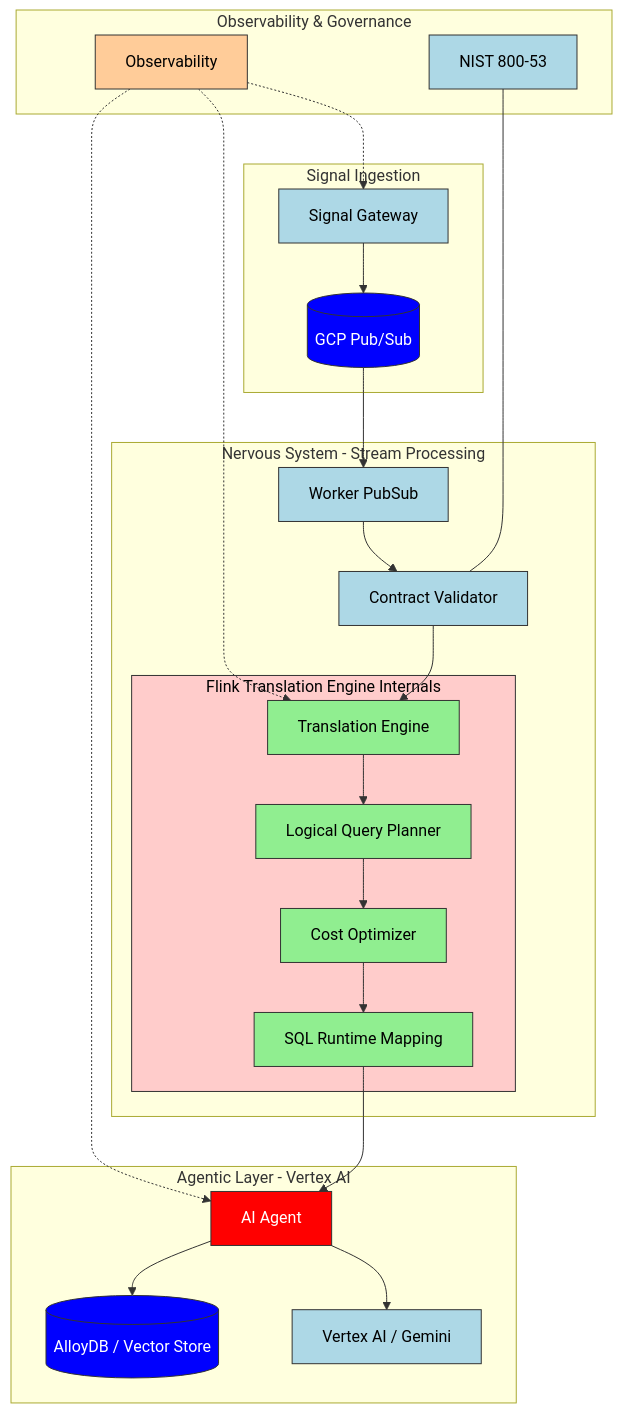
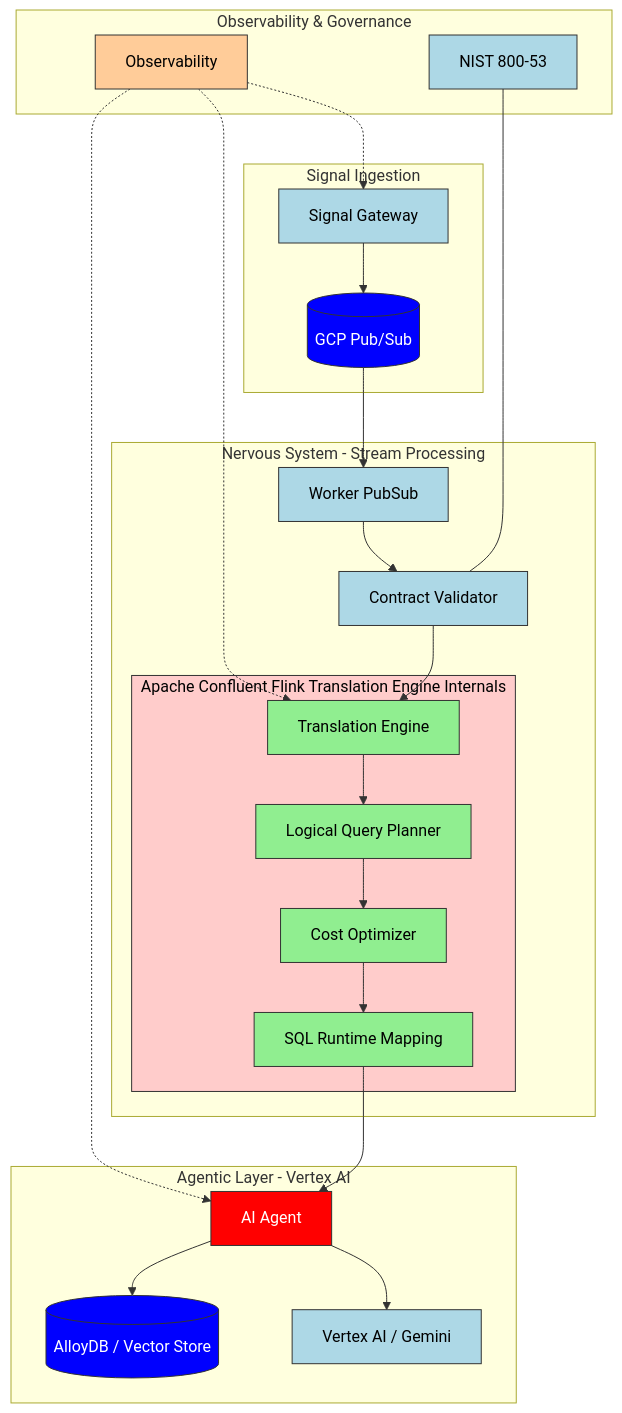
One commit to siralfbaez/mia-agentic-data-nervous-system-kfg-v3 changed the diagram in README.md. Above: the diagram before and after it, drawn with Mermaid.

Commit message:
Quick architectural correction

````diff
--- a/README.md
+++ b/README.md
@@ -11,54 +11,54 @@
 ```mermaid
 graph TD
     subgraph SI [Signal Ingestion]
         SG[Signal Gateway] --> PS[(GCP Pub/Sub)]
     end
 
     subgraph NS [Nervous System - Stream Processing]
         PS --> WP[Worker PubSub]
         WP --> CV[Contract Validator]
         CV --> TE[Translation Engine]
         
-        subgraph FTI [Flink Translation Engine Internals]
+        subgraph FTI [Apache Confluent Flink Translation Engine Internals]
             TE --> Planner[Logical Query Planner]
             Planner --> Optimizer[Cost Optimizer]
             Optimizer --> Runtime[SQL Runtime Mapping]
         end
     end
 
     subgraph AL [Agentic Layer - Vertex AI]
         Runtime --> AA[AI Agent]
         AA --> VAI[Vertex AI / Gemini]
         AA --> ADB[(AlloyDB / Vector Store)]
     end
 
     subgraph OG [Observability & Governance]
         Obs[Observability] -.-> SG
         Obs -.-> TE
         Obs -.-> AA
         Compliance[NIST 800-53] --- CV
     end
 
     %% Styles with Black Font Force (color:#000)
     style SG fill:#add8e6,stroke:#333,color:#000
     style WP fill:#add8e6,stroke:#333,color:#000
     style CV fill:#add8e6,stroke:#333,color:#000
     style VAI fill:#add8e6,stroke:#333,color:#000
     style Compliance fill:#add8e6,stroke:#333,color:#000
     
     style Obs fill:#ffcc99,stroke:#333,color:#000
     
     style TE fill:#90ee90,stroke:#333,color:#000
     style Planner fill:#90ee90,stroke:#333,color:#000
     style Optimizer fill:#90ee90,stroke:#333,color:#000
     style Runtime fill:#90ee90,stroke:#333,color:#000
     
     %% Kept white font for high-contrast nodes
     style AA fill:#ff0000,stroke:#333,color:#fff
     style PS fill:#0000ff,stroke:#333,color:#fff
     style ADB fill:#0000ff,stroke:#333,color:#fff
 
     %% Subgraph Styling
     style FTI fill:#ffcccb,stroke:#333,color:#000
     
 ```
````
